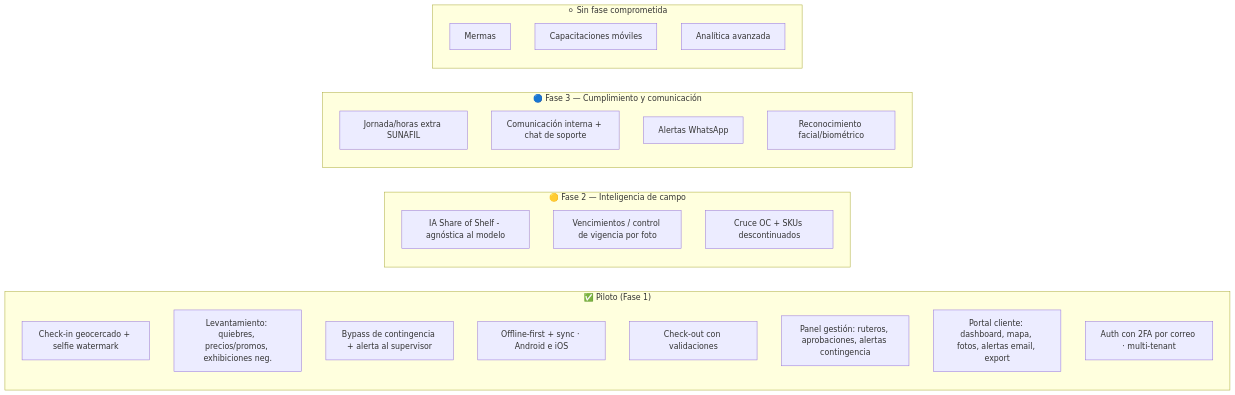
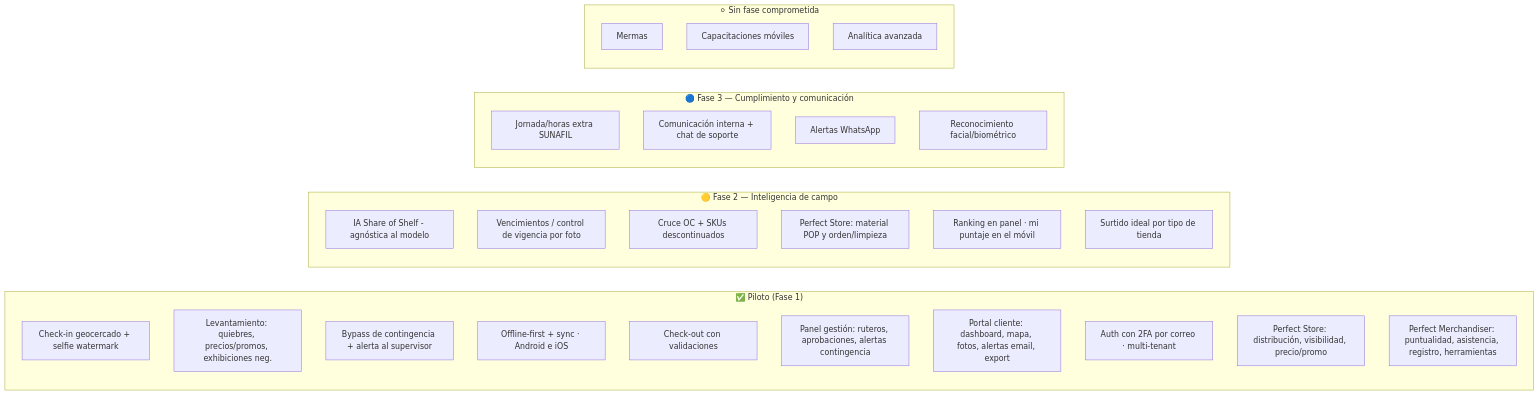
Before and after one commit to DiegoRyomaOsaki/market-track: the diagram in docs/04 - Módulos y Funcionalidades.md, drawn with Mermaid. The commit also changed other lines of this file and 3 other files, not shown here.

````diff
--- a/docs/04 - Módulos y Funcionalidades.md
+++ b/docs/04 - Módulos y Funcionalidades.md
@@ -274,29 +387,34 @@
 ```mermaid
 graph LR
     subgraph "✅ Piloto (Fase 1)"
         A[Check-in geocercado + selfie watermark]
         B[Levantamiento: quiebres, precios/promos, exhibiciones neg.]
         B2[Bypass de contingencia + alerta al supervisor]
         C[Offline-first + sync · Android e iOS]
         D[Check-out con validaciones]
         E[Panel gestión: ruteros, aprobaciones, alertas contingencia]
         F[Portal cliente: dashboard, mapa, fotos, alertas email, export]
         F2[Auth con 2FA por correo · multi-tenant]
+        Q[Perfect Store: distribución, visibilidad, precio/promo]
+        R[Perfect Merchandiser: puntualidad, asistencia, registro, herramientas]
     end
     subgraph "🟡 Fase 2 — Inteligencia de campo"
         G[IA Share of Shelf - agnóstica al modelo]
         I[Vencimientos / control de vigencia por foto]
         L[Cruce OC + SKUs descontinuados]
+        S[Perfect Store: material POP y orden/limpieza]
+        T[Ranking en panel · mi puntaje en el móvil]
+        U[Surtido ideal por tipo de tienda]
     end
     subgraph "🔵 Fase 3 — Cumplimiento y comunicación"
         K[Jornada/horas extra SUNAFIL]
         M[Comunicación interna + chat de soporte]
         J[Alertas WhatsApp]
         N[Reconocimiento facial/biométrico]
     end
     subgraph "⚪ Sin fase comprometida"
         H[Mermas]
         P[Capacitaciones móviles]
         O[Analítica avanzada]
     end
 ```
````
